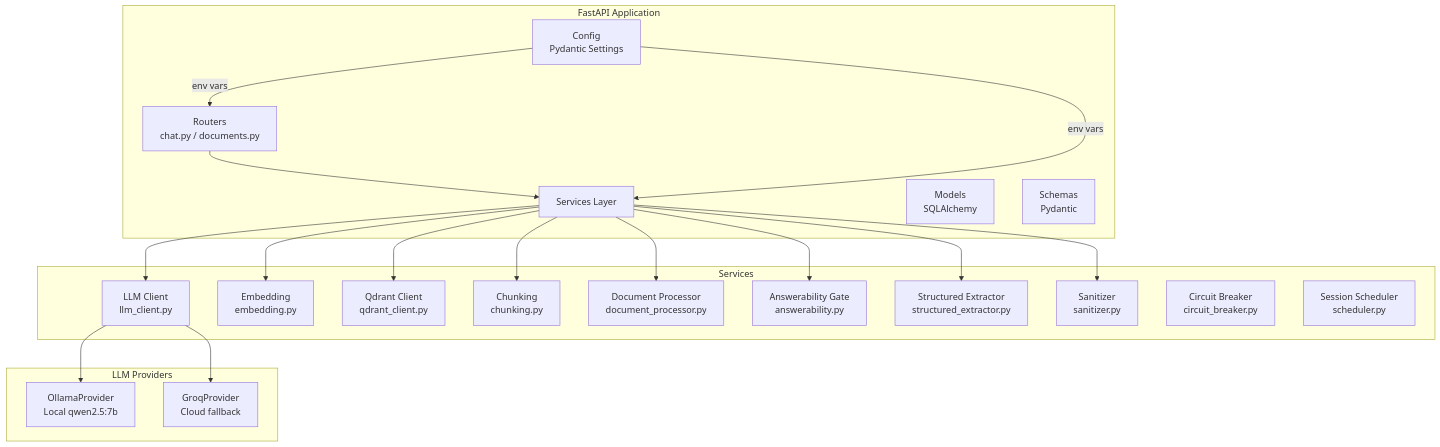
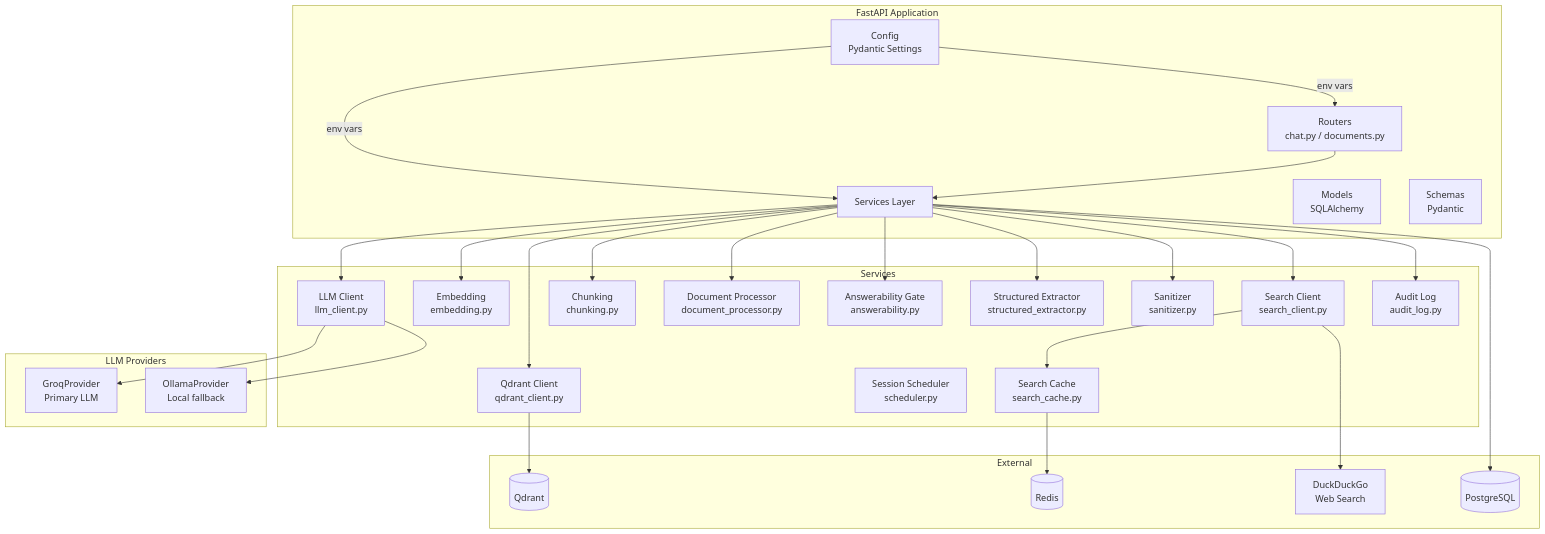
One commit to zidanbrilliant/chatbot-rag changed the second of 8 diagrams in README.md. Above: the diagram before and after it, drawn with Mermaid. The commit also changed other lines of this file, not shown here.

Commit message:
docs: update README and AGENTS.md with hybrid search architecture

````diff
--- a/README.md
+++ b/README.md
@@ -107,42 +97,58 @@
 ```mermaid
 graph TB
     subgraph "FastAPI Application"
         RT[Routers<br/>chat.py / documents.py]
         SR[Services Layer]
         MD[Models<br/>SQLAlchemy]
         SC[Schemas<br/>Pydantic]
         CFG[Config<br/>Pydantic Settings]
     end
 
     subgraph "Services"
         LLM[LLM Client<br/>llm_client.py]
         EMD[Embedding<br/>embedding.py]
         QDR[Qdrant Client<br/>qdrant_client.py]
         CHK[Chunking<br/>chunking.py]
         DOCP[Document Processor<br/>document_processor.py]
         ANS[Answerability Gate<br/>answerability.py]
         STR[Structured Extractor<br/>structured_extractor.py]
         SAN[Sanitizer<br/>sanitizer.py]
-        CIRC[Circuit Breaker<br/>circuit_breaker.py]
         SCH[Session Scheduler<br/>scheduler.py]
+        SRC[Search Client<br/>search_client.py]
+        SCA[Search Cache<br/>search_cache.py]
+        AUD[Audit Log<br/>audit_log.py]
     end
 
     subgraph "LLM Providers"
-        OLL[OllamaProvider<br/>Local qwen2.5:7b]
-        GR[GroqProvider<br/>Cloud fallback]
+        OLL[OllamaProvider<br/>Local fallback]
+        GR[GroqProvider<br/>Primary LLM]
+    end
+
+    subgraph "External"
+        QD[(Qdrant)]
+        DB[(PostgreSQL)]
+        RD[(Redis)]
+        DDG[DuckDuckGo<br/>Web Search]
     end
 
     RT --> SR
     SR --> LLM
     SR --> EMD
     SR --> QDR
     SR --> CHK
     SR --> DOCP
     SR --> ANS
     SR --> STR
     SR --> SAN
+    SR --> SRC
+    SRC --> SCA
+    SRC --> DDG
+    SCA --> RD
+    SR --> AUD
+    LLM --> GR
     LLM --> OLL
-    LLM --> GR
+    QDR --> QD
+    SR --> DB
     CFG -->|env vars| SR
     CFG -->|env vars| RT
 ```
````
